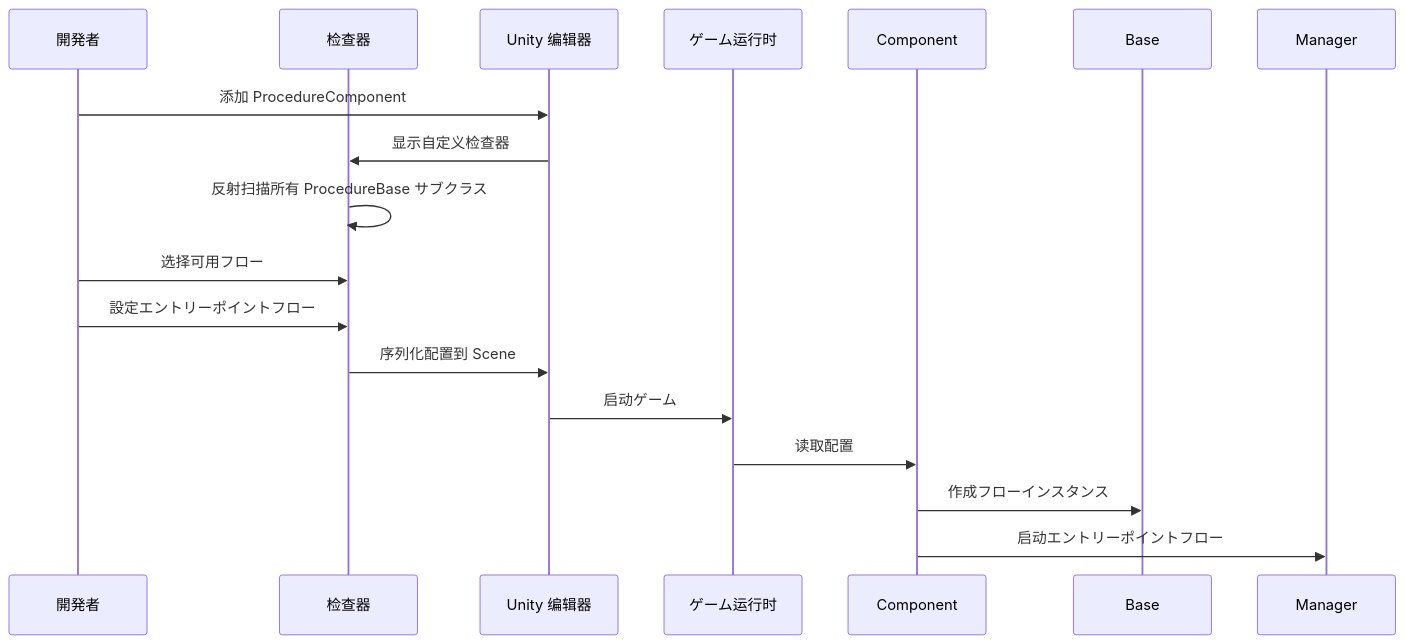
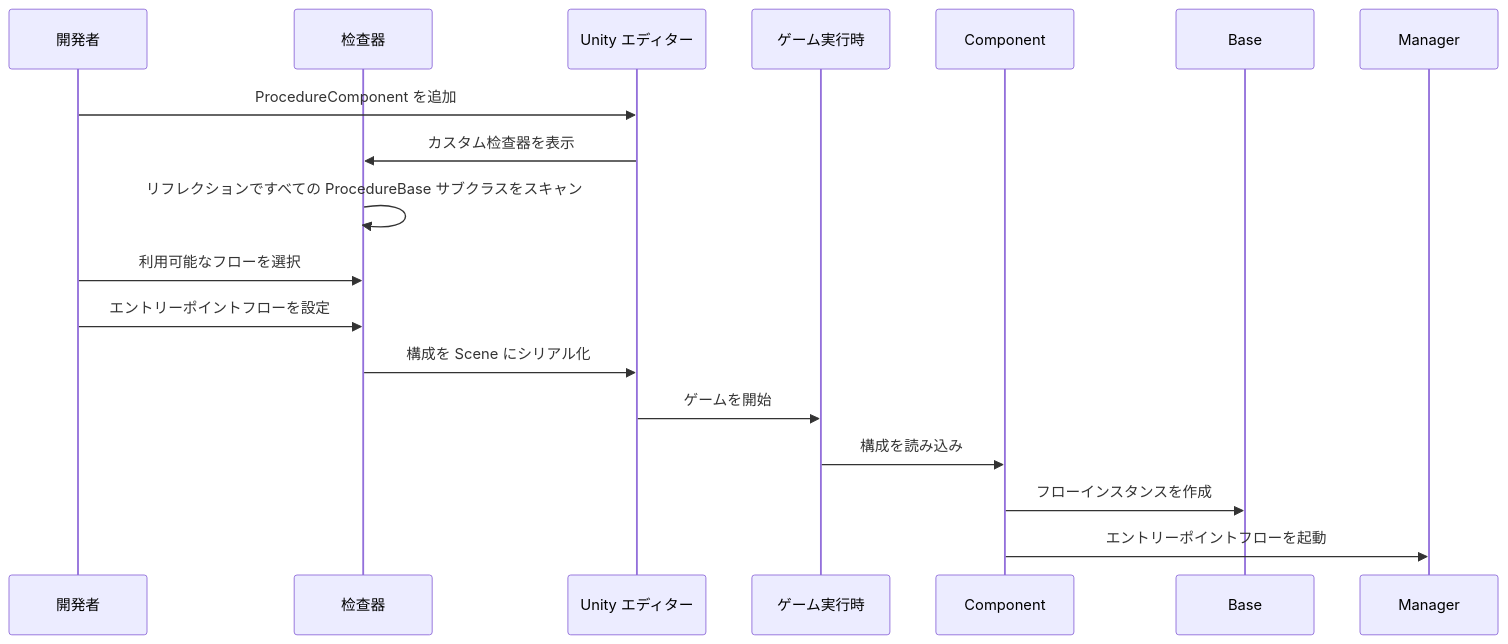
One commit to AlianBlank/GameFrameX.Docs changed the second of 2 diagrams in docs/ja/client/unity/component/procedure/10.editor-usage.md. Above: the diagram before and after it, drawn with Mermaid. The commit also changed other lines of this file and 320 other files, not shown here.

````diff
--- a/docs/ja/client/unity/component/procedure/10.editor-usage.md
+++ b/docs/ja/client/unity/component/procedure/10.editor-usage.md
@@ -42,18 +42,18 @@
 ```mermaid
 sequenceDiagram
     participant Dev as 開発者
     participant Inspector as 检查器
-    participant Unity as Unity 编辑器
-    participant Game as ゲーム运行时
+    participant Unity as Unity エディター
+    participant Game as ゲーム実行時
 
-    Dev->>Unity: 添加 ProcedureComponent
-    Unity->>Inspector: 显示自定义检查器
-    Inspector->>Inspector: 反射扫描所有 ProcedureBase サブクラス
-    Dev->>Inspector: 选择可用フロー
-    Dev->>Inspector: 設定エントリーポイントフロー
-    Inspector->>Unity: 序列化配置到 Scene
-    Unity->>Game: 启动ゲーム
-    Game->>Component: 读取配置
-    Component->>Base: 作成フローインスタンス
-    Component->>Manager: 启动エントリーポイントフロー
+    Dev->>Unity: ProcedureComponent を追加
+    Unity->>Inspector: カスタム检查器を表示
+    Inspector->>Inspector: リフレクションですべての ProcedureBase サブクラスをスキャン
+    Dev->>Inspector: 利用可能なフローを選択
+    Dev->>Inspector: エントリーポイントフローを設定
+    Inspector->>Unity: 構成を Scene にシリアル化
+    Unity->>Game: ゲームを開始
+    Game->>Component: 構成を読み込み
+    Component->>Base: フローインスタンスを作成
+    Component->>Manager: エントリーポイントフローを起動
 ```
````
